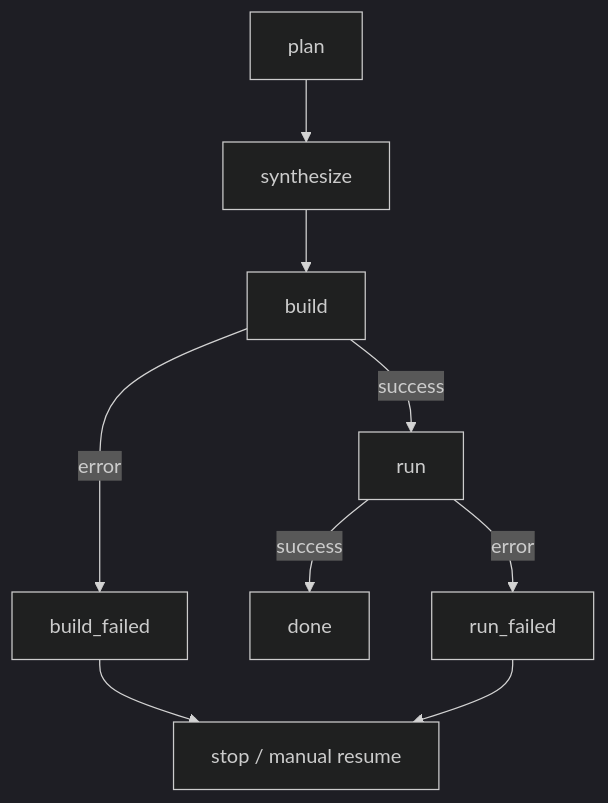
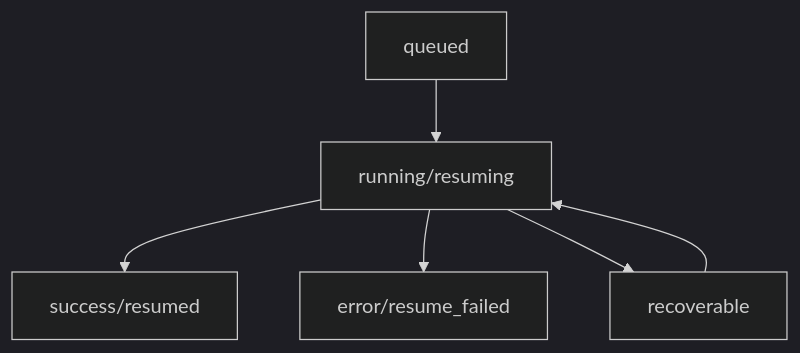
The third of 5 diagrams in README.md (ZUENS2020/Sherpa), drawn with Mermaid (dark theme) before and after one commit. The commit also changed other lines of this file, not shown here.

Commit message:
Expand docs details and diagrams

````diff
--- a/README.md
+++ b/README.md
@@ -73,11 +100,8 @@
 ```mermaid
 flowchart TD
-  P["plan"] --> S["synthesize"]
-  S --> B["build"]
-  B -->|"success"| R["run"]
-  B -->|"error"| BF["build_failed"]
-  R -->|"success"| DONE["done"]
-  R -->|"error"| RF["run_failed"]
-  BF --> STOP["stop / manual resume"]
-  RF --> STOP
+  Q["queued"] --> R["running/resuming"]
+  R --> S["success/resumed"]
+  R --> E["error/resume_failed"]
+  R --> RC["recoverable"]
+  RC --> R
 ```
````
